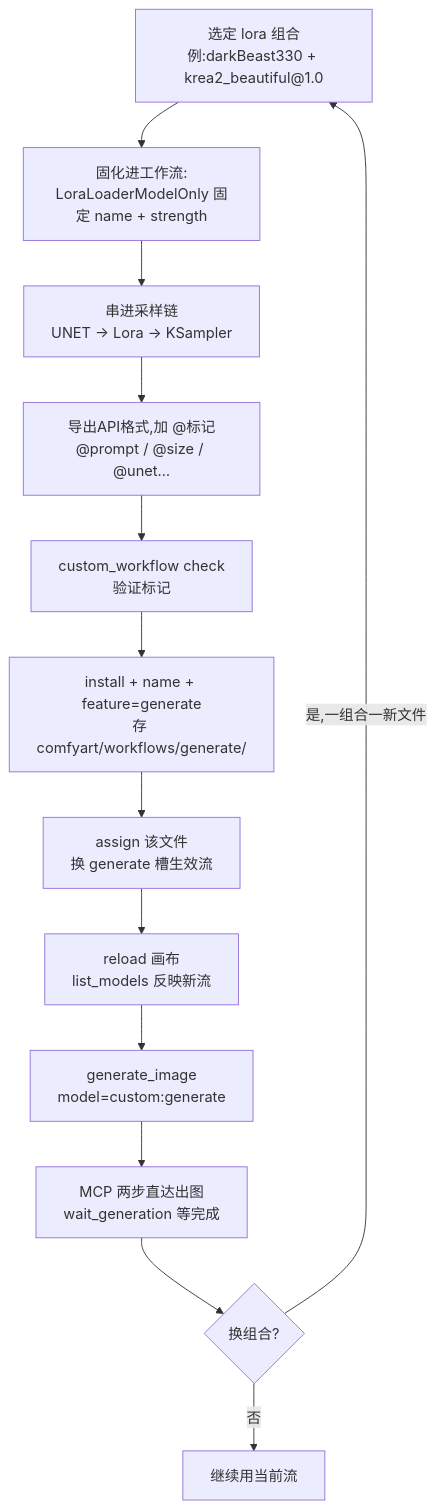
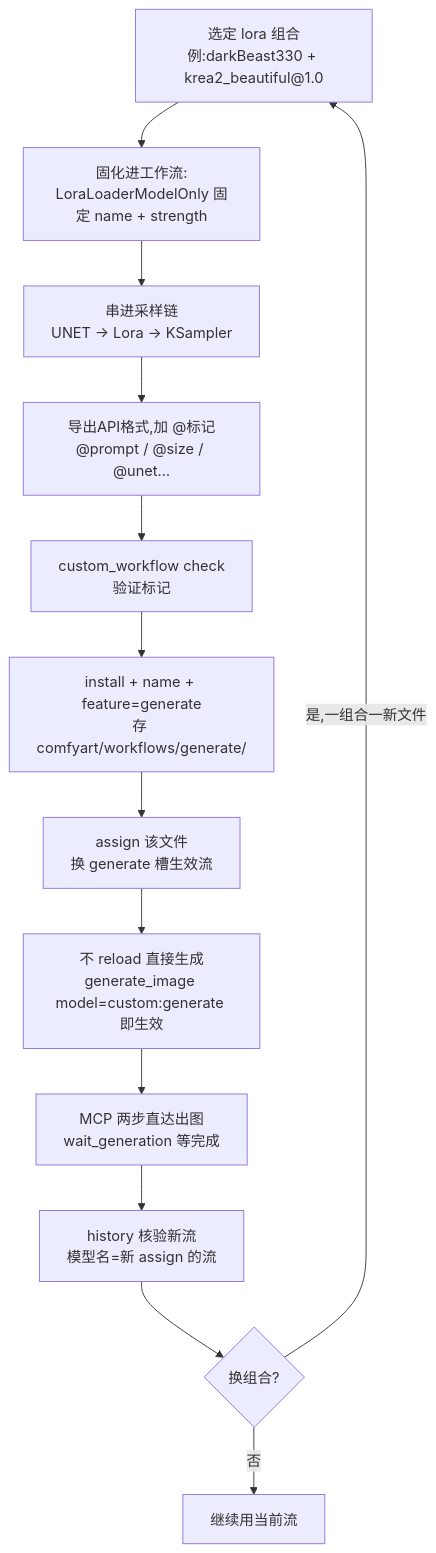
One commit to fangtang951210/auto-comfyart-image changed the third of 3 diagrams in 白皮书/comfyart-image.md. Above: the diagram before and after it, drawn with Mermaid. The commit also changed other lines of this file, not shown here.

````diff
--- a/白皮书/comfyart-image.md
+++ b/白皮书/comfyart-image.md
@@ -284,15 +284,15 @@
 ```mermaid
 flowchart TD
     A[选定 lora 组合<br/>例:darkBeast330 + krea2_beautiful@1.0] --> B[固化进工作流:<br/>LoraLoaderModelOnly 固定 name + strength]
     B --> C[串进采样链<br/>UNET → Lora → KSampler]
     C --> D[导出API格式,加 @标记<br/>@prompt / @size / @unet…]
     D --> E[custom_workflow check<br/>验证标记]
     E --> F[install + name + feature=generate<br/>存 comfyart/workflows/generate/]
     F --> G[assign 该文件<br/>换 generate 槽生效流]
-    G --> H[reload 画布<br/>list_models 反映新流]
-    H --> I[generate_image<br/>model=custom:generate]
-    I --> J[MCP 两步直达出图<br/>wait_generation 等完成]
+    G --> H[不 reload 直接生成<br/>generate_image model=custom:generate 即生效]
+    H --> I[MCP 两步直达出图<br/>wait_generation 等完成]
+    I --> J[history 核验新流<br/>模型名=新 assign 的流]
     J --> K{换组合?}
     K -- 是,一组合一新文件 --> A
     K -- 否 --> L[继续用当前流]
 ```
````
